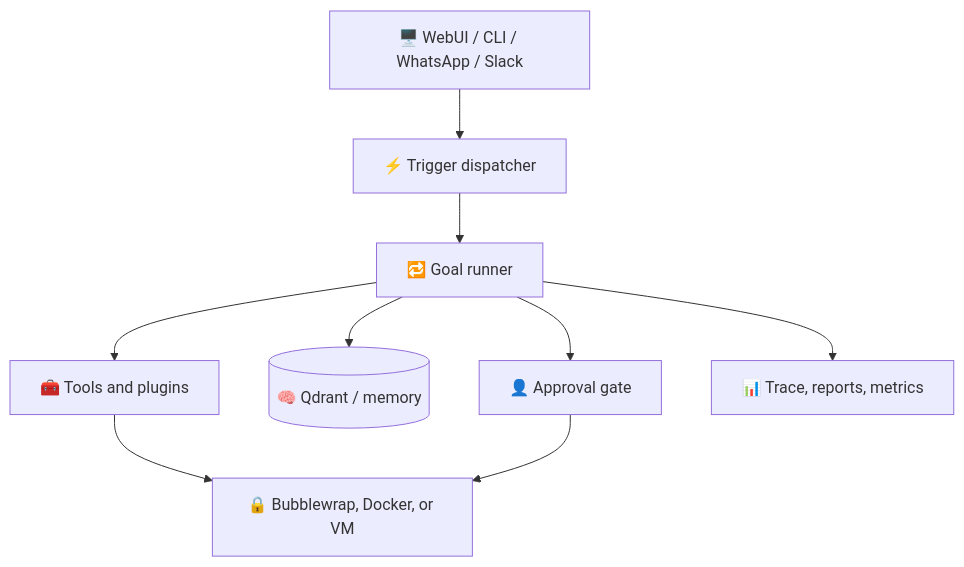
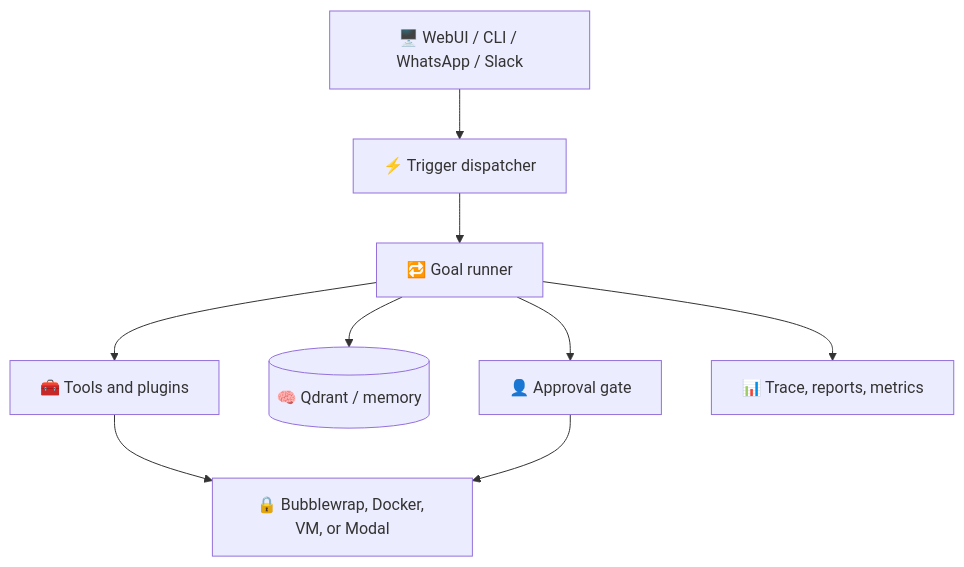
One commit to OppaAI/Aidon changed the second of 2 diagrams in docs/ARCHITECTURE.md. Above: the diagram before and after it, drawn with Mermaid. The commit also changed other lines of this file and 8 other files, not shown here.

````diff
--- a/docs/ARCHITECTURE.md
+++ b/docs/ARCHITECTURE.md
@@ -67,16 +67,16 @@
 ```mermaid
 flowchart TB
     UI[🖥️ WebUI / CLI / WhatsApp / Slack]
     T[⚡ Trigger dispatcher]
     LOOP[🔁 Goal runner]
     TOOLS[🧰 Tools and plugins]
-    SANDBOX[🔒 Bubblewrap, Docker, or VM]
+    SANDBOX[🔒 Bubblewrap, Docker, VM, or Modal]
     MEMORY[(🧠 Qdrant / memory)]
     APPROVAL[👤 Approval gate]
     REPORT[📊 Trace, reports, metrics]
     UI --> T --> LOOP
     LOOP --> MEMORY
     LOOP --> TOOLS --> SANDBOX
     LOOP --> APPROVAL --> SANDBOX
     LOOP --> REPORT
 ```
````
